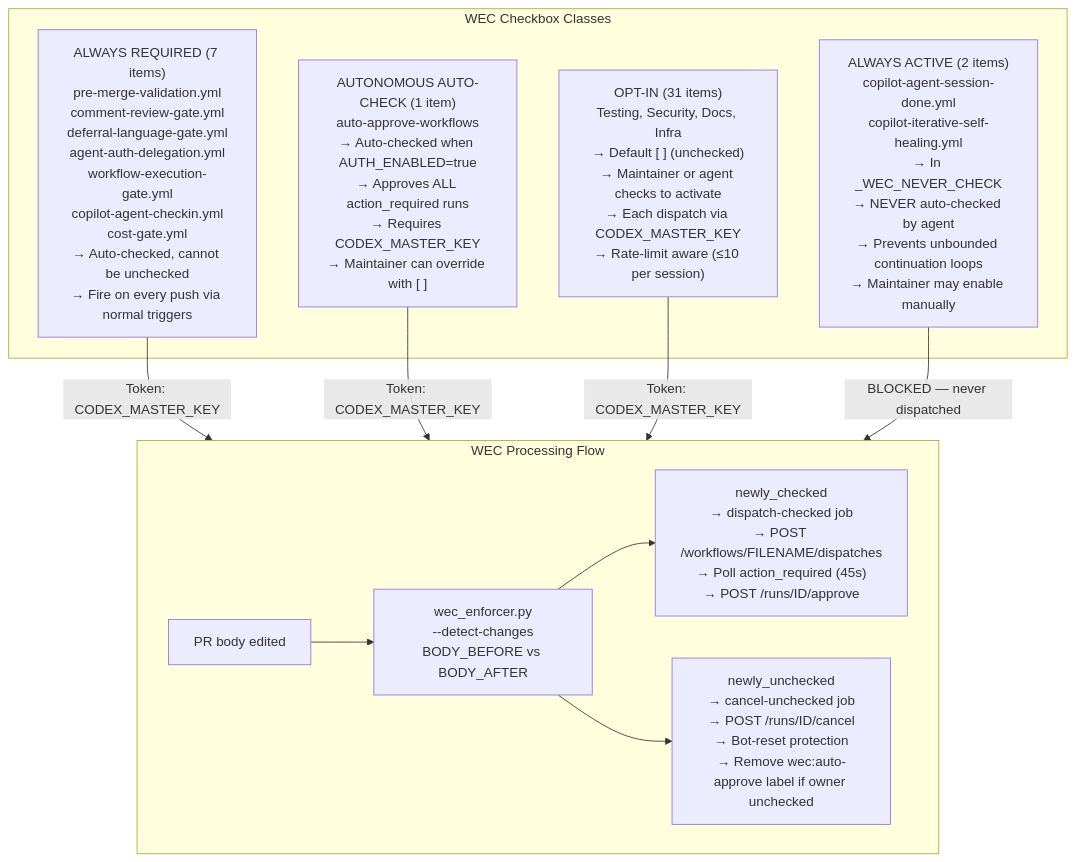
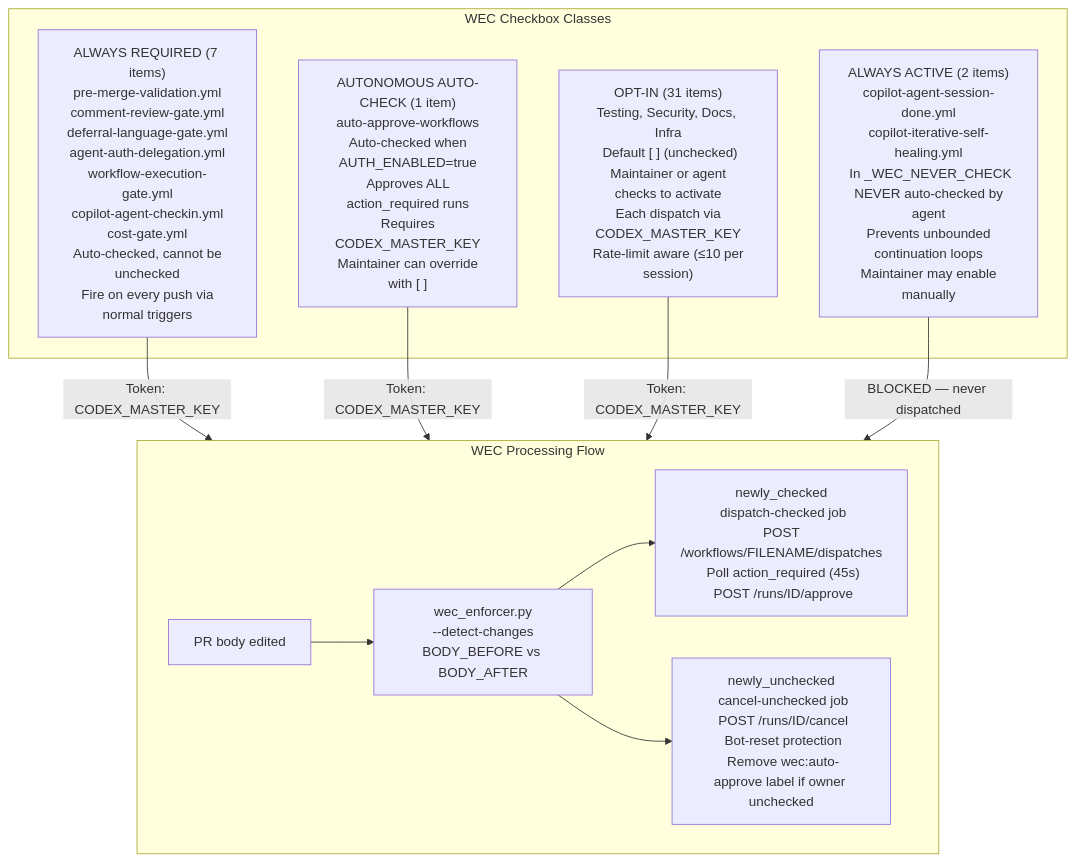
One commit to Aries-Serpent/_codex_ changed the fourth of 12 diagrams in docs/plans/AUTONOMOUS_PRIVILEGE_ARCHITECTURE.md. Above: the diagram before and after it, drawn with Mermaid. The commit also changed other lines of this file and 4117 other files, not shown here.

````diff
--- a/docs/plans/AUTONOMOUS_PRIVILEGE_ARCHITECTURE.md
+++ b/docs/plans/AUTONOMOUS_PRIVILEGE_ARCHITECTURE.md
@@ -150,23 +170,29 @@
 ```mermaid
-%%{init: {'accessibility': {'title': 'Flowchart showing "WEC Checkbox Classes", " ALWAYS REQUIRED (7 items)\npre-merge-validation.yml\ncomment-review-gate.yml\ndeferral-language-gate.yml\nagent-auth-delegation.yml\nworkflow-execution-gate.yml\ncopilot-agent-checkin.yml\ncost-gate.yml\n→ Auto-checked, cannot be unchecked\n→ Fire on every push via normal triggers"'}}%%
+%%{init: {'accessibility': {'title': 'Flowchart showing "WEC Checkbox Classes", " ALWAYS REQUIRED (7 items)\npre-merge-validation.yml\ncomment-review-gate.yml\ndeferral-language-gate.yml\nagent-auth-delegation.yml\nworkflow-execution-gate.yml\ncopilot-agent-checkin.yml\ncost-gate.yml\n Auto-checked, cannot be unchecked\n Fire on every push via normal triggers"'}}%%
+
 graph TD
-    subgraph WEC_CLASSES["WEC Checkbox Classes"]
-        AR[" ALWAYS REQUIRED (7 items)\npre-merge-validation.yml\ncomment-review-gate.yml\ndeferral-language-gate.yml\nagent-auth-delegation.yml\nworkflow-execution-gate.yml\ncopilot-agent-checkin.yml\ncost-gate.yml\n→ Auto-checked, cannot be unchecked\n→ Fire on every push via normal triggers"]
+ subgraph WEC_CLASSES["WEC Checkbox Classes"]
+ AR[" ALWAYS REQUIRED (7 items)\npre-merge-validation.yml\ncomment-review-gate.yml\ndeferral-language-gate.yml\nagent-auth-delegation.yml\nworkflow-execution-gate.yml\ncopilot-agent-checkin.yml\ncost-gate.yml\n Auto-checked, cannot be unchecked\n Fire on every push via normal triggers"]
 
-        AA[" ALWAYS ACTIVE (2 items)\ncopilot-agent-session-done.yml\ncopilot-iterative-self-healing.yml\n→ In _WEC_NEVER_CHECK\n→ NEVER auto-checked by agent\n→ Prevents unbounded continuation loops\n→ Maintainer may enable manually"]
+ AA[" ALWAYS ACTIVE (2 items)\ncopilot-agent-session-done.yml\ncopilot-iterative-self-healing.yml\n In _WEC_NEVER_CHECK\n NEVER auto-checked by agent\n Prevents unbounded continuation loops\n Maintainer may enable manually"]
 
-        AUT[" AUTONOMOUS AUTO-CHECK (1 item)\nauto-approve-workflows\n→ Auto-checked when AUTH_ENABLED=true\n→ Approves ALL action_required runs\n→ Requires CODEX_MASTER_KEY\n→ Maintainer can override with [ ]"]
+ AUT[" AUTONOMOUS AUTO-CHECK (1 item)\nauto-approve-workflows\n Auto-checked when AUTH_ENABLED=true\n Approves ALL action_required runs\n Requires CODEX_MASTER_KEY\n Maintainer can override with [ ]"]
 
-        OPT[" OPT-IN (31 items)\nTesting, Security, Docs, Infra\n→ Default [ ] (unchecked)\n→ Maintainer or agent checks to activate\n→ Each dispatch via CODEX_MASTER_KEY\n→ Rate-limit aware (≤10 per session)"]
-    end
+ OPT[" OPT-IN (31 items)\nTesting, Security, Docs, Infra\n Default [ ] (unchecked)\n Maintainer or agent checks to activate\n Each dispatch via CODEX_MASTER_KEY\n Rate-limit aware (≤10 per session)"]
+ end
 
-    subgraph WEC_FLOW["WEC Processing Flow"]
-        EDIT["PR body edited"] --> DETECT["wec_enforcer.py\n--detect-changes\nBODY_BEFORE vs BODY_AFTER"]
-        DETECT --> NEWLY_CHECKED["newly_checked\n→ dispatch-checked job\n→ POST /workflows/FILENAME/dispatches\n→ Poll action_required (45s)\n→ POST /runs/ID/approve"]
-        DETECT --> NEWLY_UNCHECKED["newly_unchecked\n→ cancel-unchecked job\n→ POST /runs/ID/cancel\n→ Bot-reset protection\n→ Remove wec:auto-approve label if owner unchecked"]
-    end
+ subgraph WEC_FLOW["WEC Processing Flow"]
 
-    AR & AUT -->|"Token: CODEX_MASTER_KEY"| WEC_FLOW
-    OPT -->|"Token: CODEX_MASTER_KEY"| WEC_FLOW
-    AA -->|"BLOCKED — never dispatched"| WEC_FLOW
+ EDIT["PR body edited"] --> DETECT["wec_enforcer.py\n--detect-changes\nBODY_BEFORE vs BODY_AFTER"]
+
+ DETECT --> NEWLY_CHECKED["newly_checked\n dispatch-checked job\n POST /workflows/FILENAME/dispatches\n Poll action_required (45s)\n POST /runs/ID/approve"]
+
+ DETECT --> NEWLY_UNCHECKED["newly_unchecked\n cancel-unchecked job\n POST /runs/ID/cancel\n Bot-reset protection\n Remove wec:auto-approve label if owner unchecked"]
+ end
+
+ AR & AUT -->|"Token: CODEX_MASTER_KEY"| WEC_FLOW
+
+ OPT -->|"Token: CODEX_MASTER_KEY"| WEC_FLOW
+
+ AA -->|"BLOCKED — never dispatched"| WEC_FLOW
 ```
````
